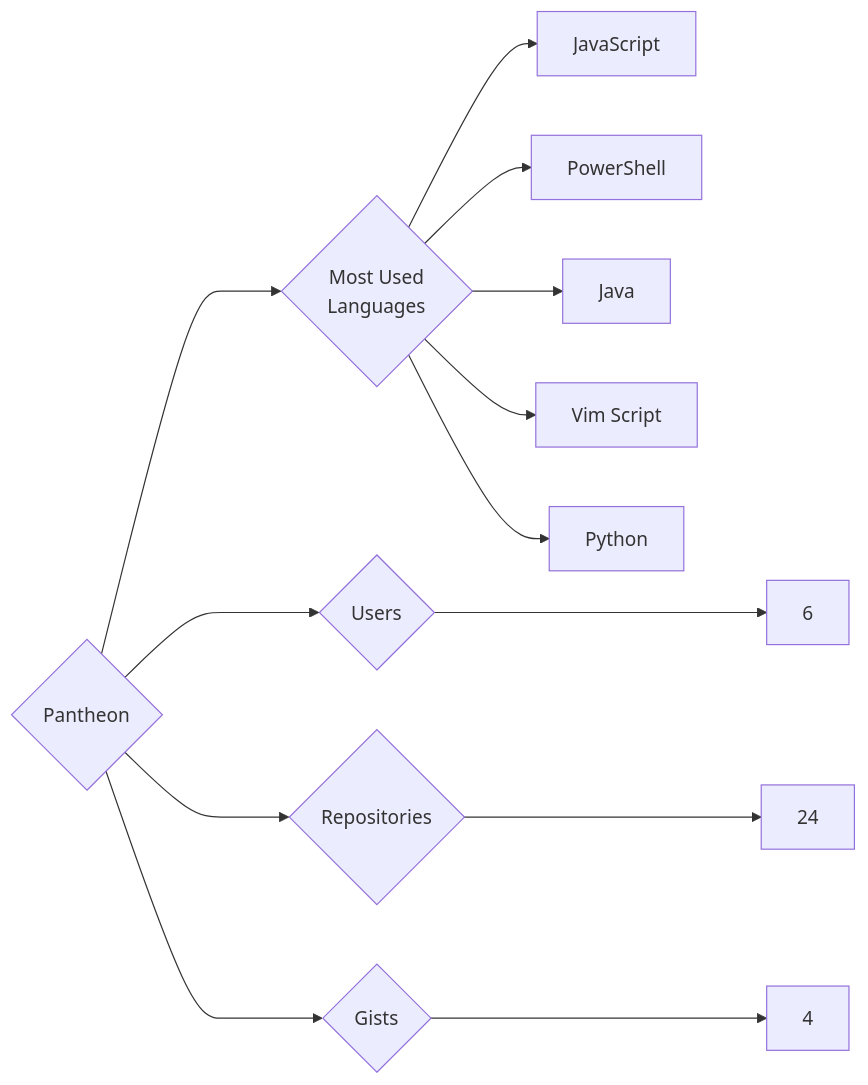
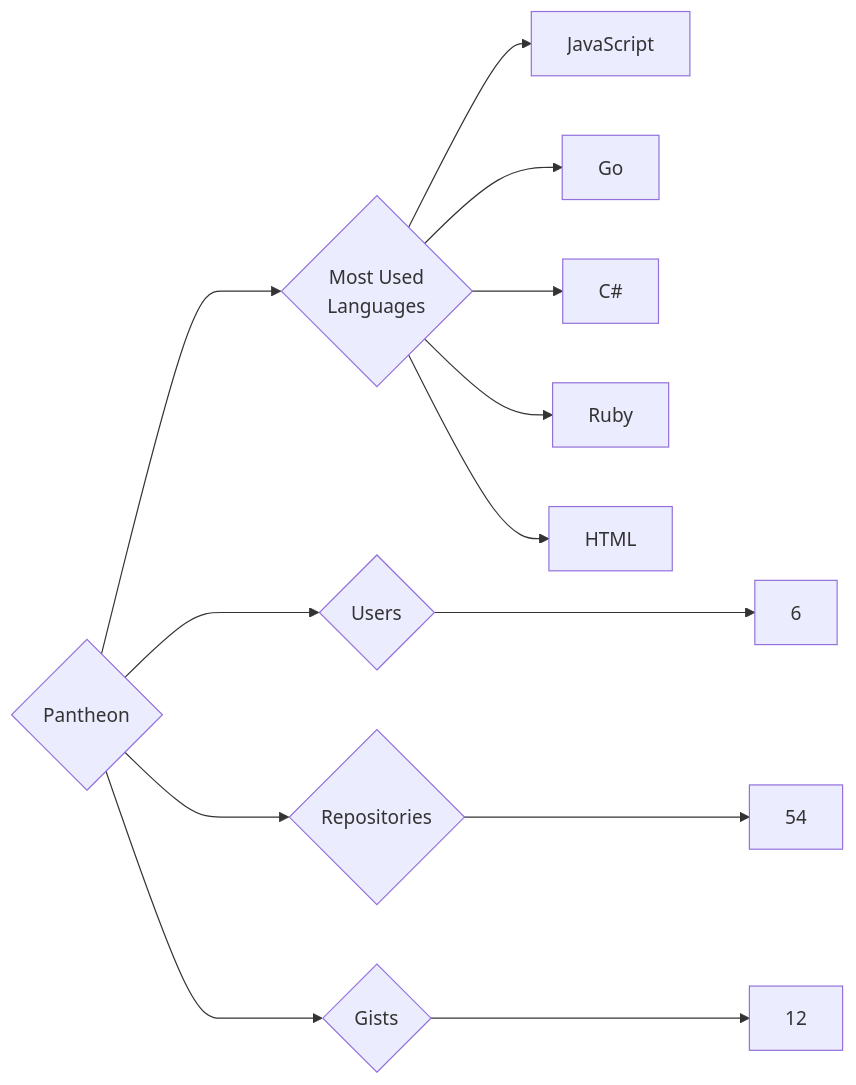
One commit to trickest/insiders changed the diagram in targets/Pantheon/README.md. Above: the diagram before and after it, drawn with Mermaid. The commit also changed 1479 other files, not shown here.

````diff
--- a/targets/Pantheon/README.md
+++ b/targets/Pantheon/README.md
@@ -3,13 +3,13 @@
 ```mermaid
 graph LR
 COMPANY_NAME{Pantheon}
 COMPANY_NAME ---> U{Users} ---> UN[6]
-COMPANY_NAME ---> R{Repositories} ---> RN[24]
-COMPANY_NAME ---> G{Gists} ---> GN[4]
+COMPANY_NAME ---> R{Repositories} ---> RN[54]
+COMPANY_NAME ---> G{Gists} ---> GN[12]
 COMPANY_NAME ---> ML{Most Used<br>Languages}
 ML --> JavaScript[JavaScript]
-ML --> PowerShell[PowerShell]
-ML --> Java[Java]
-ML --> Vim_Script[Vim Script]
-ML --> Python[Python]
+ML --> Go[Go]
+ML --> C#[C#]
+ML --> Ruby[Ruby]
+ML --> HTML[HTML]
 ```
````
